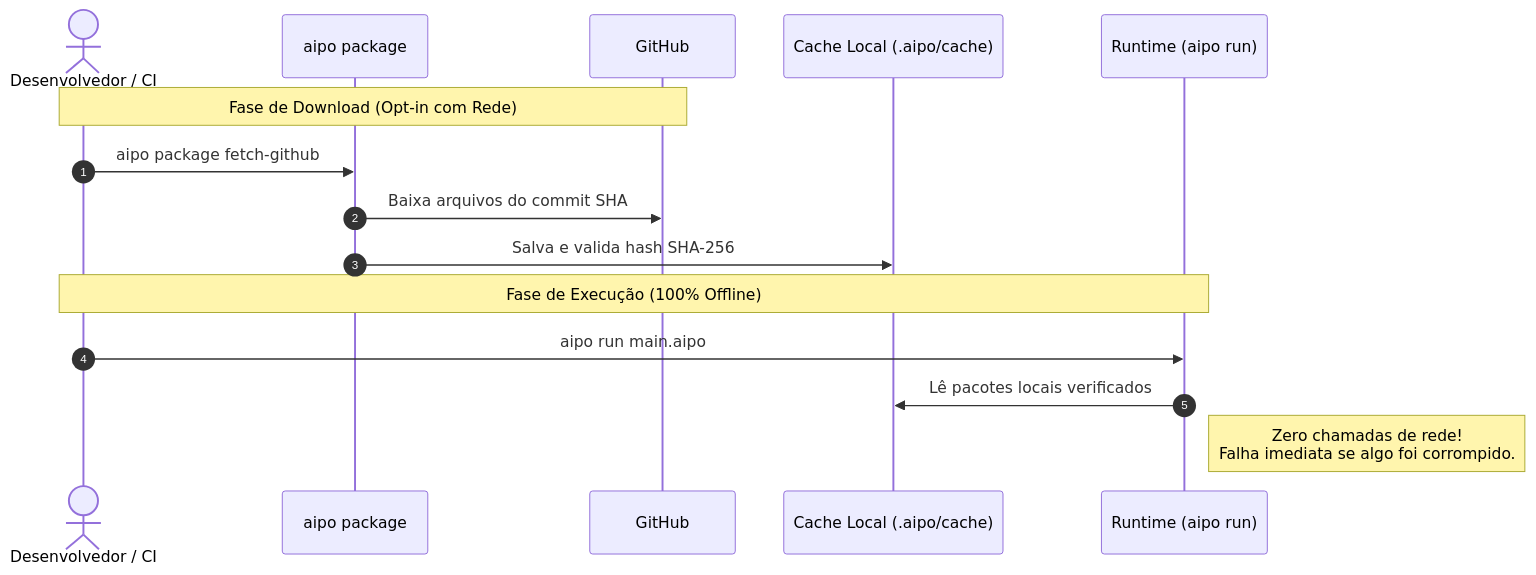
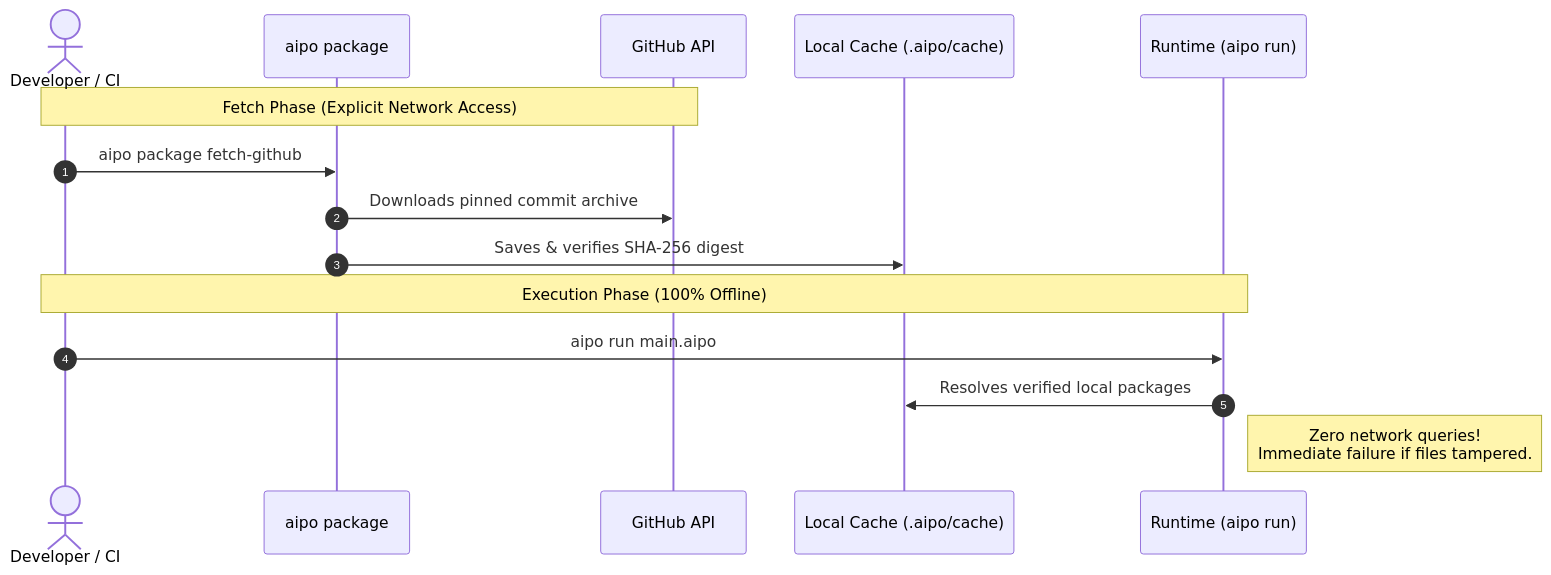
One commit to poppy-team/poppy.lat changed the third of 3 diagrams in site/en/aipo/docs/guides/manual/packages-and-modules.md. Above: the diagram before and after it, drawn with Mermaid. The commit also changed other lines of this file and 235 other files, not shown here.

````diff
--- a/site/en/aipo/docs/guides/manual/packages-and-modules.md
+++ b/site/en/aipo/docs/guides/manual/packages-and-modules.md
@@ -190,19 +190,19 @@
 ```mermaid
 sequenceDiagram
     autonumber
-    actor Dev as Desenvolvedor / CI
+    actor Dev as Developer / CI
     participant CLI as aipo package
-    participant Web as GitHub
-    participant Cache as Cache Local (.aipo/cache)
+    participant Web as GitHub API
+    participant Cache as Local Cache (.aipo/cache)
     participant Engine as Runtime (aipo run)
 
-    Note over Dev,Web: Fase de Download (Opt-in com Rede)
+    Note over Dev,Web: Fetch Phase (Explicit Network Access)
     Dev->>CLI: aipo package fetch-github
-    CLI->>Web: Baixa arquivos do commit SHA
-    CLI->>Cache: Salva e valida hash SHA-256
+    CLI->>Web: Downloads pinned commit archive
+    CLI->>Cache: Saves & verifies SHA-256 digest
 
-    Note over Dev,Engine: Fase de Execução (100% Offline)
+    Note over Dev,Engine: Execution Phase (100% Offline)
     Dev->>Engine: aipo run main.aipo
-    Engine->>Cache: Lê pacotes locais verificados
-    Note right of Engine: Zero chamadas de rede!<br>Falha imediata se algo foi corrompido.
+    Engine->>Cache: Resolves verified local packages
+    Note right of Engine: Zero network queries!<br>Immediate failure if files tampered.
 ```
````
